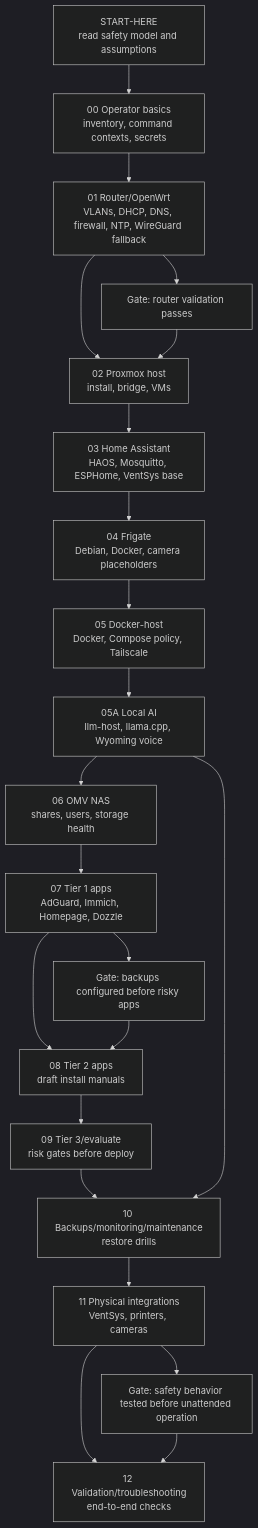
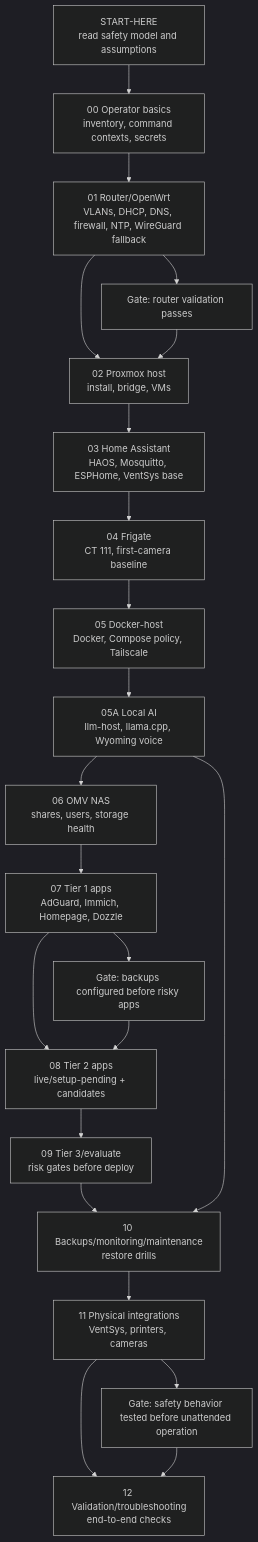
The diagram in main/docs/diagrams/install/install-sequence.mermaid (Nysplaidame/home-automation-project), drawn with Mermaid (dark theme) before and after one commit. The commit also changed 52 other files, not shown here.

```diff
--- a/main/docs/diagrams/install/install-sequence.mermaid
+++ b/main/docs/diagrams/install/install-sequence.mermaid
@@ -1,30 +1,30 @@
 flowchart TB
     Start["START-HERE<br/>read safety model and assumptions"]
     P00["00 Operator basics<br/>inventory, command contexts, secrets"]
     P01["01 Router/OpenWrt<br/>VLANs, DHCP, DNS, firewall, NTP, WireGuard fallback"]
     P02["02 Proxmox host<br/>install, bridge, VMs"]
     P03["03 Home Assistant<br/>HAOS, Mosquitto, ESPHome, VentSys base"]
-    P04["04 Frigate<br/>Debian, Docker, camera placeholders"]
+    P04["04 Frigate<br/>CT 111, first-camera baseline"]
     P05["05 Docker-host<br/>Docker, Compose policy, Tailscale"]
     P05A["05A Local AI<br/>llm-host, llama.cpp, Wyoming voice"]
     P06["06 OMV NAS<br/>shares, users, storage health"]
     P07["07 Tier 1 apps<br/>AdGuard, Immich, Homepage, Dozzle"]
-    P08["08 Tier 2 apps<br/>draft install manuals"]
+    P08["08 Tier 2 apps<br/>live/setup-pending + candidates"]
     P09["09 Tier 3/evaluate<br/>risk gates before deploy"]
     P10["10 Backups/monitoring/maintenance<br/>restore drills"]
     P11["11 Physical integrations<br/>VentSys, printers, cameras"]
     P12["12 Validation/troubleshooting<br/>end-to-end checks"]
 
     Start --> P00 --> P01 --> P02 --> P03 --> P04 --> P05 --> P05A --> P06 --> P07 --> P08 --> P09 --> P10 --> P11 --> P12
 
     Gate1["Gate: router validation passes"]
     Gate2["Gate: backups configured before risky apps"]
     Gate3["Gate: safety behavior tested before unattended operation"]
 
     P01 --> Gate1
     Gate1 --> P02
     P05A --> P10
     P07 --> Gate2
     Gate2 --> P08
     P11 --> Gate3
     Gate3 --> P12
```
